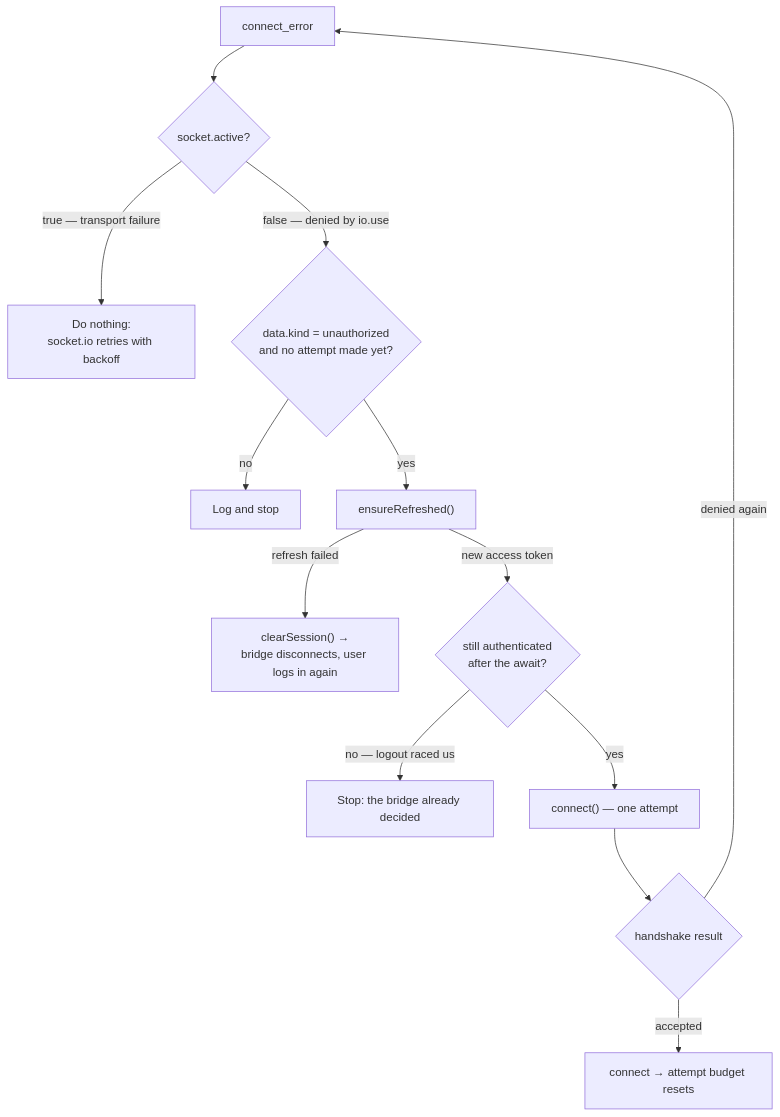
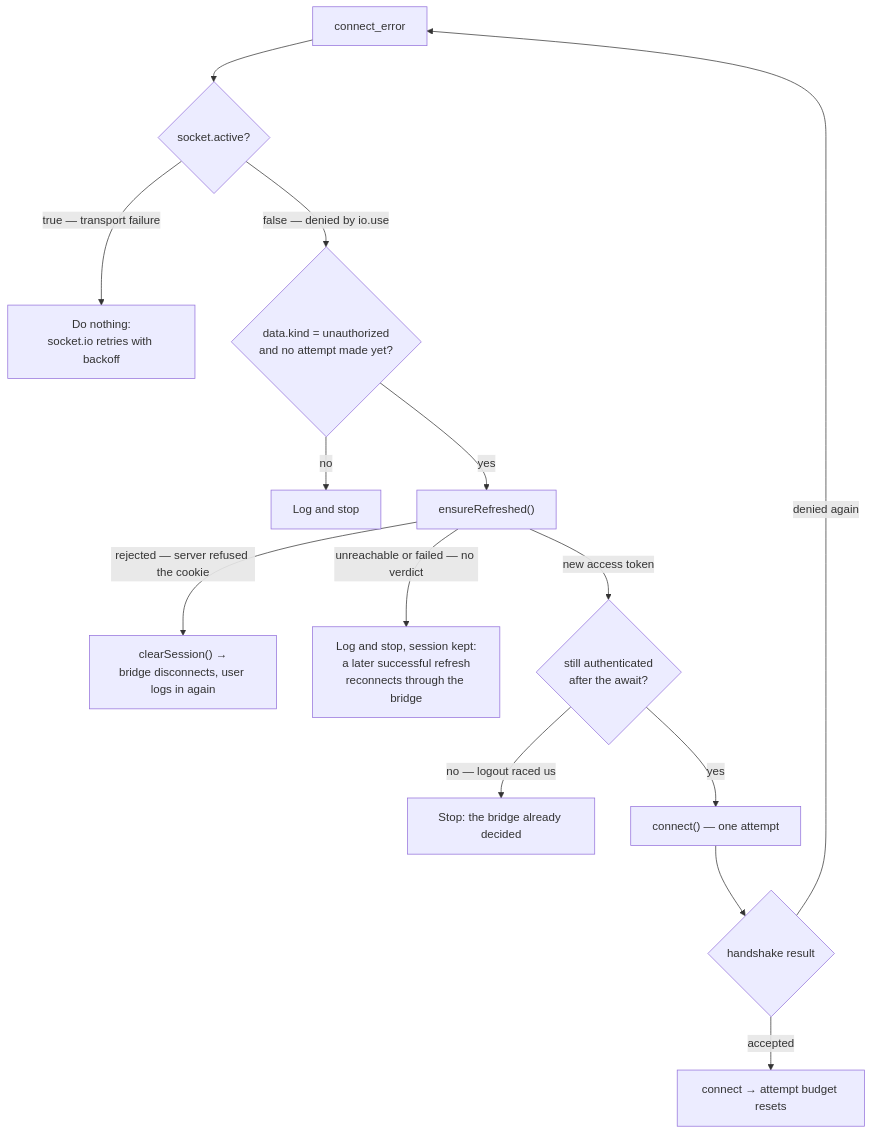
Before and after one commit to Vlad193M/Code-Arena: the second of 3 diagrams in apps/api/docs/websocket.md, drawn with Mermaid. The commit also changed 12 other files, not shown here.

Commit message:
fix(web): keep the session through a refresh that never got an answer

````diff
--- a/apps/api/docs/websocket.md
+++ b/apps/api/docs/websocket.md
@@ -59,15 +59,16 @@
 ```mermaid
 flowchart TD
     E["connect_error"] --> A{"socket.active?"}
     A -->|"true — transport failure"| B["Do nothing:<br/>socket.io retries with backoff"]
     A -->|"false — denied by io.use"| K{"data.kind = unauthorized<br/>and no attempt made yet?"}
     K -->|"no"| L["Log and stop"]
     K -->|"yes"| R["ensureRefreshed()"]
-    R -->|"refresh failed"| X["clearSession() →<br/>bridge disconnects, user logs in again"]
+    R -->|"rejected — server refused the cookie"| X["clearSession() →<br/>bridge disconnects, user logs in again"]
+    R -->|"unreachable or failed — no verdict"| U["Log and stop, session kept:<br/>a later successful refresh<br/>reconnects through the bridge"]
     R -->|"new access token"| Q{"still authenticated<br/>after the await?"}
     Q -->|"no — logout raced us"| Y["Stop: the bridge already decided"]
     Q -->|"yes"| C["connect() — one attempt"]
     C --> D{"handshake result"}
     D -->|"denied again"| E
     D -->|"accepted"| OK["connect → attempt budget resets"]
 ```
````
